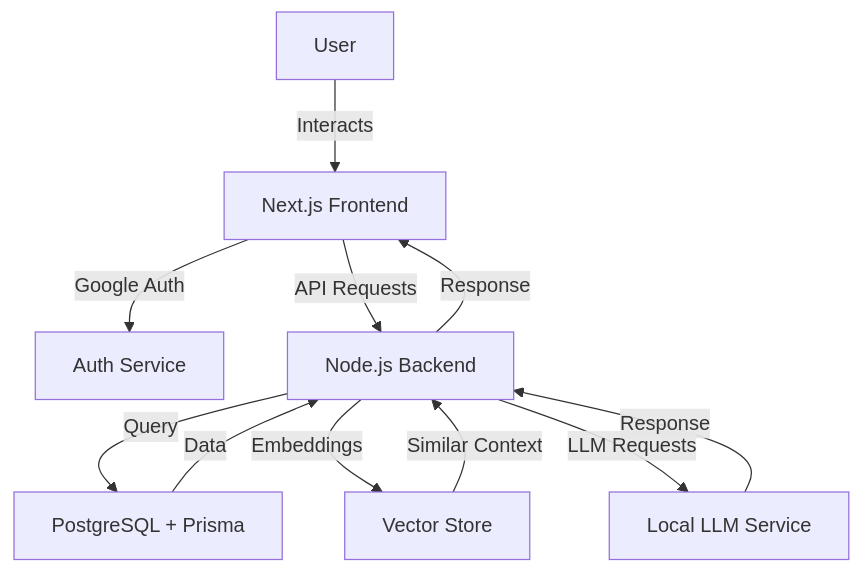
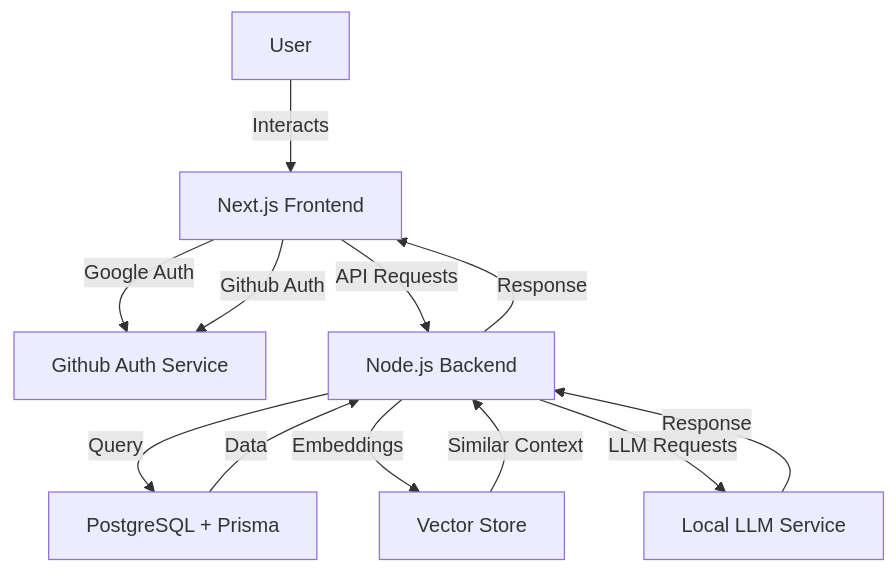
One commit to rothardo/chatbot-llm changed the diagram in README.md. Above: the diagram before and after it, drawn with Mermaid.

````diff
--- a/README.md
+++ b/README.md
@@ -33,13 +33,14 @@
 ```mermaid
 flowchart TD
     A[User] -->|Interacts| B[Next.js Frontend]
-    B -->|Google Auth| C[Auth Service]
+    B -->|Google Auth| C[Google Auth Service]
+    B -->|Github Auth| C[Github Auth Service]
     B -->|API Requests| D[Node.js Backend]
     D -->|Query| E[PostgreSQL + Prisma]
     D -->|Embeddings| F[Vector Store]
     D -->|LLM Requests| G[Local LLM Service]
     G -->|Response| D
     D -->|Response| B
     E -->|Data| D
     F -->|Similar Context| D
 ```
````
